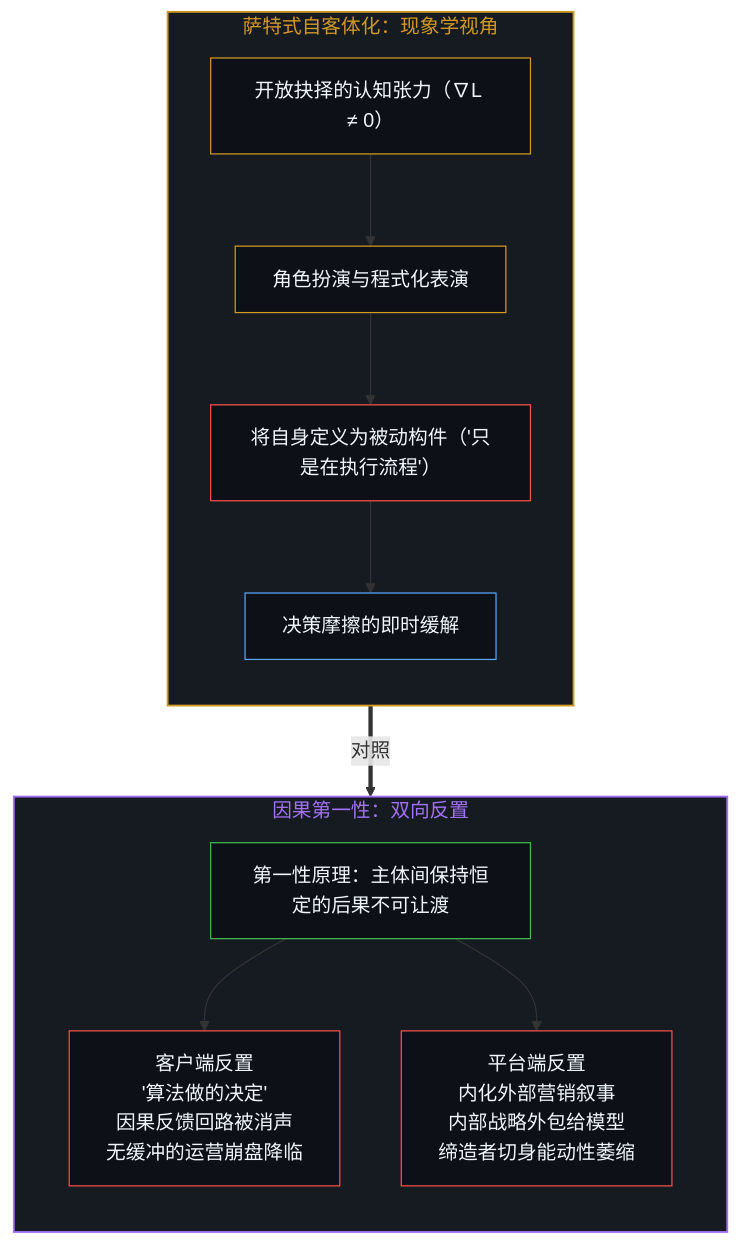
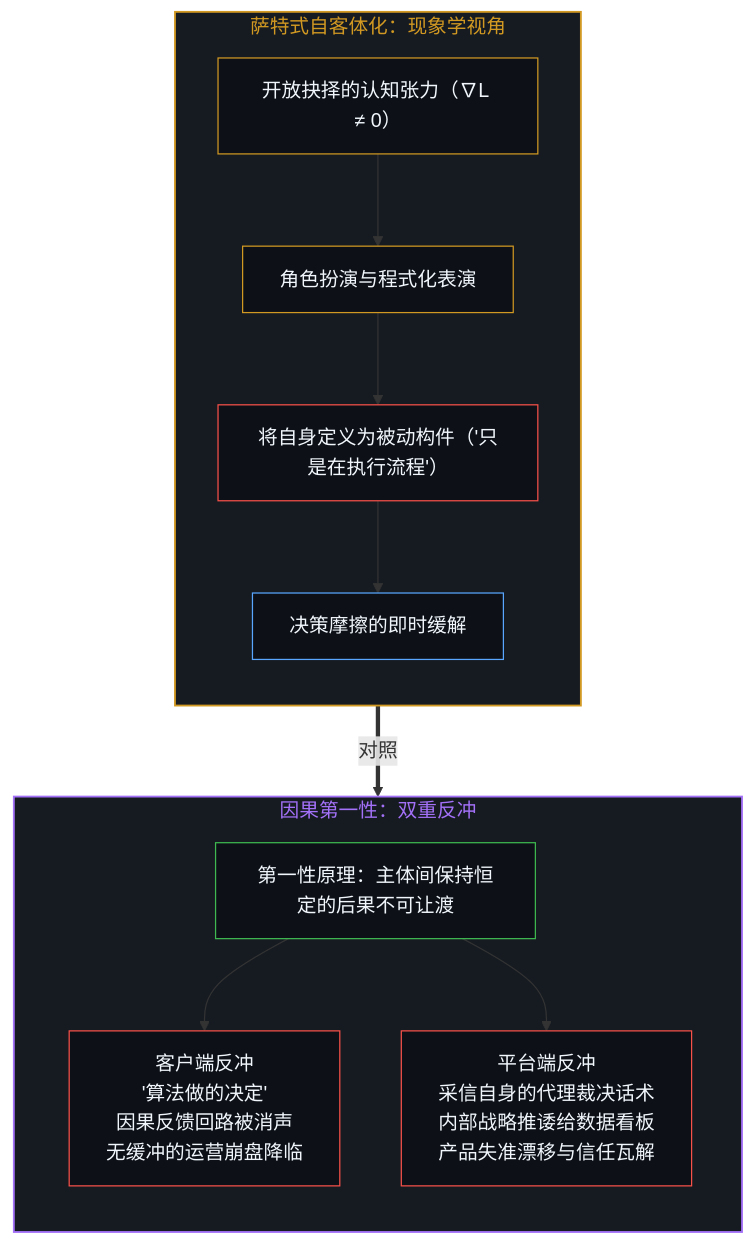
Before and after one commit to powerpig99/not-a-toe: the seventh of 12 diagrams in content/posts/the-delegation-of-the-task-and-the-inalienability-of-consequences.md, drawn with Mermaid. The commit also changed other lines of this file and 5 other files, not shown here.

````diff
--- a/content/posts/the-delegation-of-the-task-and-the-inalienability-of-consequences.md
+++ b/content/posts/the-delegation-of-the-task-and-the-inalienability-of-consequences.md
@@ -237,28 +223,25 @@
 ```mermaid
 flowchart TD
     subgraph S_Sartre["萨特式自客体化：现象学视角"]
         direction TB
         S1["开放抉择的认知张力（∇L ≠ 0）"] --> S2["角色扮演与程式化表演"]
         S2 --> S3["将自身定义为被动构件（'只是在执行流程'）"]
         S3 --> S4["决策摩擦的即时缓解"]
     end
-
-    subgraph S_FirstPrinciples["因果第一性：双向反置"]
+    subgraph S_FirstPrinciples["因果第一性：双重反冲"]
         direction TB
         C_Origin["第一性原理：主体间保持恒定的后果不可让渡"]
-        C_Origin --> B_Client["客户端反置<br/>'算法做的决定'<br/>因果反馈回路被消声<br/>无缓冲的运营崩盘降临"]
-        C_Origin --> B_Platform["平台端反置<br/>内化外部营销叙事<br/>内部战略外包给模型<br/>缔造者切身能动性萎缩"]
+        C_Origin --> B_Client["客户端反冲<br/>'算法做的决定'<br/>因果反馈回路被消声<br/>无缓冲的运营崩盘降临"]
+        C_Origin --> B_Platform["平台端反冲<br/>采信自身的代理裁决话术<br/>内部战略推诿给数据看板<br/>产品失准漂移与信任瓦解"]
     end
-
     S_Sartre ==>|"对照"| S_FirstPrinciples
-
     style S_Sartre fill:#161b22,stroke:#d29922,stroke-width:1.5px,color:#d29922
     style S_FirstPrinciples fill:#161b22,stroke:#a371f7,stroke-width:1.5px,color:#a371f7
     style S1 fill:#0d1117,stroke:#d29922,stroke-width:1px,color:#f0f6fc
     style S2 fill:#0d1117,stroke:#d29922,stroke-width:1px,color:#f0f6fc
     style S3 fill:#0d1117,stroke:#f85149,stroke-width:1px,color:#f0f6fc
     style S4 fill:#0d1117,stroke:#58a6ff,stroke-width:1px,color:#f0f6fc
     style C_Origin fill:#0d1117,stroke:#3fb950,stroke-width:1px,color:#f0f6fc
     style B_Client fill:#0d1117,stroke:#f85149,stroke-width:1px,color:#f0f6fc
     style B_Platform fill:#0d1117,stroke:#f85149,stroke-width:1px,color:#f0f6fc
 ```
````
